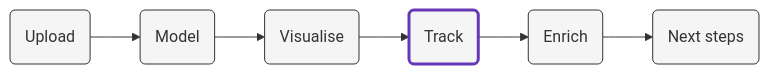
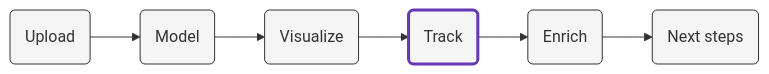
Before and after one commit to snowplow/marketing-attribution-accelerator: the diagram in content/tracking/_index.md, drawn with Mermaid. The commit also changed 12 other files, not shown here.

```diff
--- a/content/tracking/_index.md
+++ b/content/tracking/_index.md
@@ -14,10 +14,10 @@
 {{<mermaid>}}
 flowchart LR
-    id1(Upload)-->id2(Model)-->id3(Visualise)-->id4(Track)-->id5(Enrich)-->id6(Next steps)
+    id1(Upload)-->id2(Model)-->id3(Visualize)-->id4(Track)-->id5(Enrich)-->id6(Next steps)
     style id1 fill:#f5f5f5,stroke:#333,stroke-width:1px
     style id2 fill:#f5f5f5,stroke:#333,stroke-width:1px
     style id3 fill:#f5f5f5,stroke:#333,stroke-width:1px
     style id4 fill:#f5f5f5,stroke:#6638B8,stroke-width:3px
     style id5 fill:#f5f5f5,stroke:#333,stroke-width:1px
     style id6 fill:#f5f5f5,stroke:#333,stroke-width:1px
 {{</mermaid >}}
```
